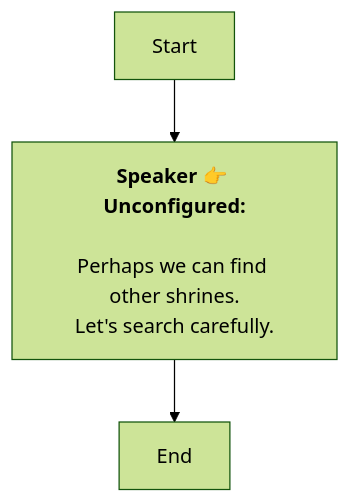
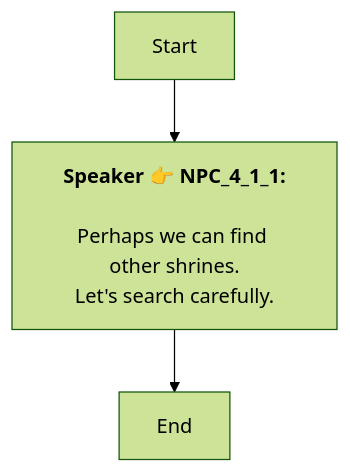
Before and after one commit to SoftHu/tos_avg: the diagram in En/QuestApproachDialogNode_1738527676189808.md, drawn with Mermaid (forest theme). The commit also changed 737 other files, not shown here.

````diff
--- a/En/QuestApproachDialogNode_1738527676189808.md
+++ b/En/QuestApproachDialogNode_1738527676189808.md
@@ -1,9 +1,8 @@
 ```mermaid
 graph
-Start -->1738527893680243[<b>Speaker 👉 Unconfigured:</b>
-
-Perhaps we can find other shrines.
+Start -->1738527893680243[<b>Speaker 👉 NPC_4_1_1:</b>
+\nPerhaps we can find other shrines.
 Let's search carefully.]
 1738527893680243 -->1738527895807092[End]
 
- ```
+```
````
